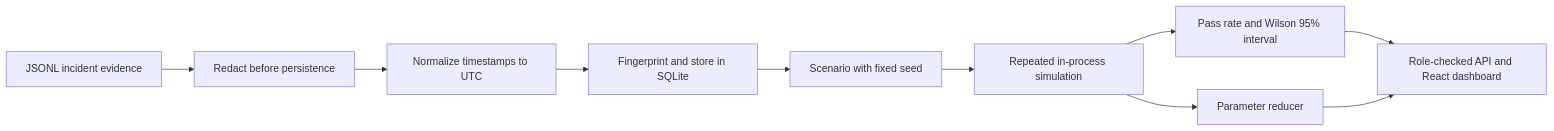
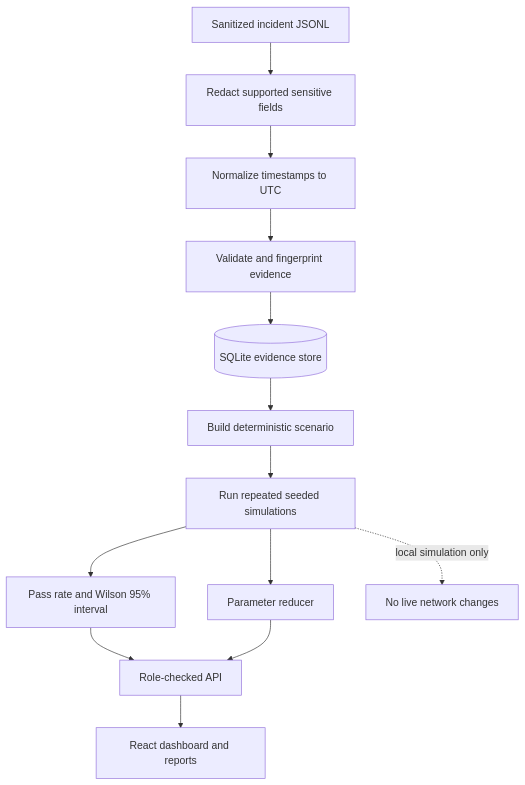
Before and after one commit to nihalmachhi/ReplayNet: the diagram in README.md, drawn with Mermaid.

Commit message:
docs: expand README architecture diagram

````diff
--- a/README.md
+++ b/README.md
@@ -62,12 +62,15 @@
 ```mermaid
-flowchart LR
-  A[JSONL incident evidence] --> B[Redact before persistence]
+flowchart TD
+  A[Sanitized incident JSONL] --> B[Redact supported sensitive fields]
   B --> C[Normalize timestamps to UTC]
-  C --> D[Fingerprint and store in SQLite]
-  D --> E[Scenario with fixed seed]
-  E --> F[Repeated in-process simulation]
-  F --> G[Pass rate and Wilson 95% interval]
-  F --> H[Parameter reducer]
-  G --> I[Role-checked API and React dashboard]
-  H --> I
+  C --> D[Validate and fingerprint evidence]
+  D --> E[(SQLite evidence store)]
+  E --> F[Build deterministic scenario]
+  F --> G[Run repeated seeded simulations]
+  G --> H[Pass rate and Wilson 95% interval]
+  G --> I[Parameter reducer]
+  H --> J[Role-checked API]
+  I --> J
+  J --> K[React dashboard and reports]
+  G -. local simulation only .-> L[No live network changes]
 ```
````
